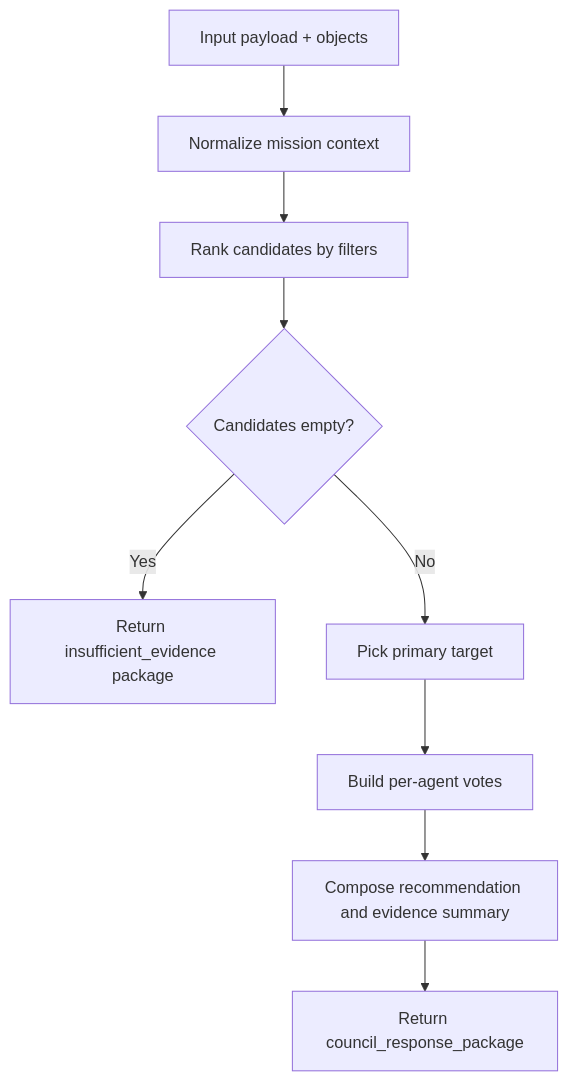
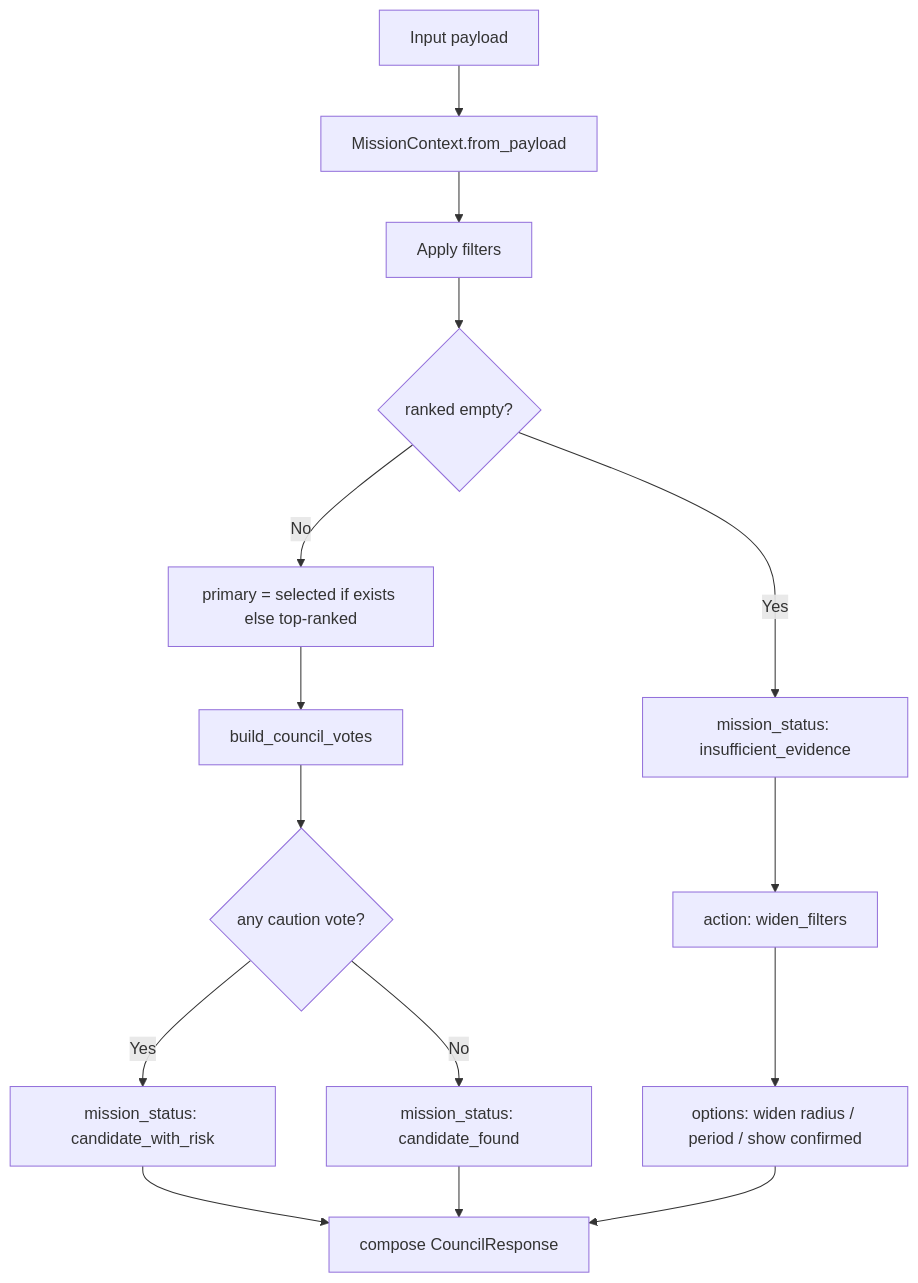
The second of 2 diagrams in triet.md/SYSTEM_PIPELINE.md (Procoderdata/hackathonvodich), drawn with Mermaid before and after one commit. The commit also changed other lines of this file and 3 other files, not shown here.

Commit message:
Improve council input validation and expand pipeline architecture docs

````diff
--- a/triet.md/SYSTEM_PIPELINE.md
+++ b/triet.md/SYSTEM_PIPELINE.md
@@ -67,11 +110,19 @@
 ```mermaid
 flowchart TD
-    A[Input payload + objects] --> B[Normalize mission context]
-    B --> C[Rank candidates by filters]
-    C --> D{Candidates empty?}
-    D -->|Yes| E[Return insufficient_evidence package]
-    D -->|No| F[Pick primary target]
-    F --> G[Build per-agent votes]
-    G --> H[Compose recommendation and evidence summary]
-    H --> I[Return council_response_package]
+    S1[Input payload] --> S2[MissionContext.from_payload]
+    S2 --> S3[Apply filters]
+    S3 --> S4{ranked empty?}
+
+    S4 -- Yes --> N1[mission_status: insufficient_evidence]
+    N1 --> N2[action: widen_filters]
+    N2 --> N3[options: widen radius / period / show confirmed]
+
+    S4 -- No --> P1[primary = selected if exists else top-ranked]
+    P1 --> P2[build_council_votes]
+    P2 --> P3{any caution vote?}
+    P3 -- Yes --> P4[mission_status: candidate_with_risk]
+    P3 -- No --> P5[mission_status: candidate_found]
+    P4 --> P6[compose CouncilResponse]
+    P5 --> P6
+    N3 --> P6
 ```
````
